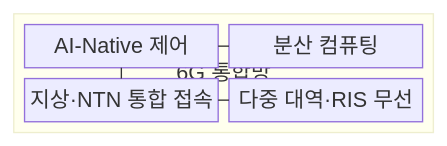
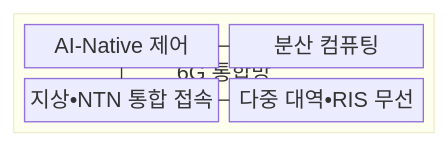
One commit to agnusdei1207/knowledge-base changed the first of 2 diagrams in src/content/docs/notes/04-network/042_6g_technologies.md. Above: the diagram before and after it, drawn with Mermaid. The commit also changed other lines of this file and 953 other files, not shown here.

````diff
--- a/src/content/docs/notes/04-network/042_6g_technologies.md
+++ b/src/content/docs/notes/04-network/042_6g_technologies.md
@@ -71,14 +71,14 @@
 ```mermaid
 block
     columns 1
     block:SIXG["6G 통합망"]
         columns 2
         AI["AI-Native 제어"]
         COMPUTE["분산 컴퓨팅"]
-        ACCESS["지상·NTN 통합 접속"]
-        RADIO["다중 대역·RIS 무선"]
+        ACCESS["지상•NTN 통합 접속"]
+        RADIO["다중 대역•RIS 무선"]
     end
     AI --- COMPUTE
     AI --- ACCESS
     ACCESS --- RADIO
 ```
````
